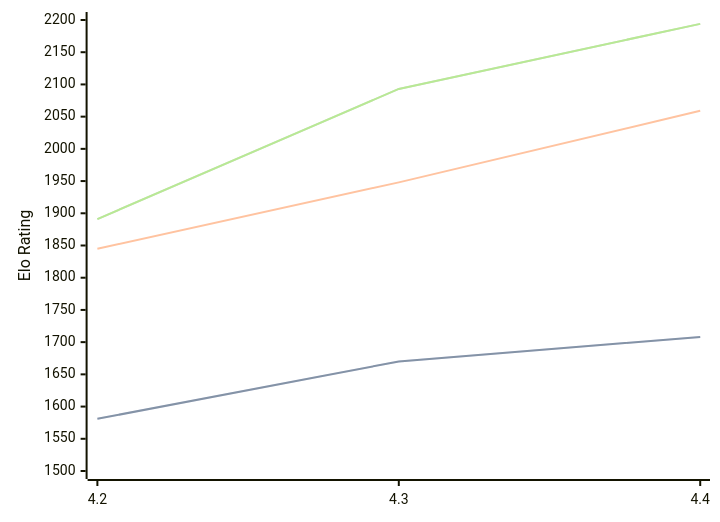
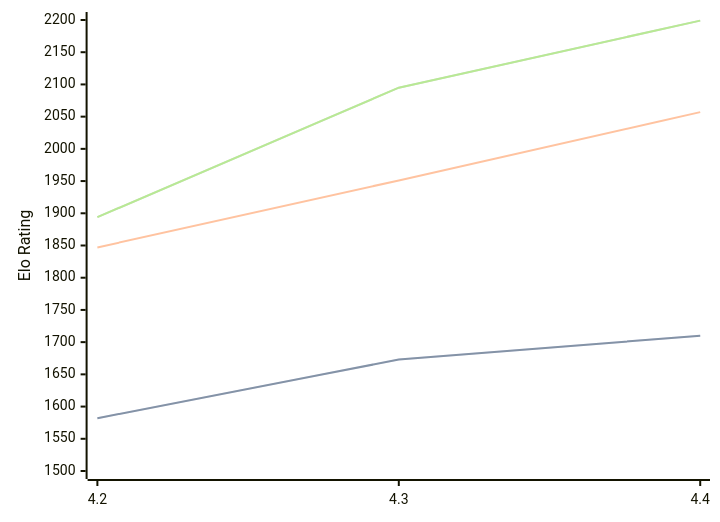
Before and after one commit to computer-chess-index/cci: the diagram in engines/Radiance.md, drawn with Mermaid. The commit also changed other lines of this file, not shown here.

Commit message:
Update CCI Ratings (ELO VLTC) - 2026-08-22

````diff
--- a/engines/Radiance.md
+++ b/engines/Radiance.md
@@ -33,11 +33,11 @@
 ```mermaid
 %%{init: {"theme":"base","themeVariables":{"seriesColors:['#a3a3a3','#222221','#faa371']}}}%%
 xychart-beta
   x-axis ["4.2", "4.3", "4.4"]
   y-axis "Elo Rating" 1500 --> 2200
-  line "STC (8.0+0.08s)" [1581, 1670, 1708]
-  line "STC (8.0+0.08s)" [1581, 1670, 1708]
-  line "LTC (60.0+0.60s)" [1845, 1948, 2059]
-  line "VLTC (2m24s+1.12s)" [1891, 2093, 2194]
-  line "VLTC (2m24s+1.12s)" [1891, 2093, 2194]
+  line "STC (8.0+0.08s)" [1582, 1673, 1710]
+  line "STC (8.0+0.08s)" [1582, 1673, 1710]
+  line "LTC (60.0+0.60s)" [1847, 1951, 2057]
+  line "VLTC (2m24s+1.12s)" [1894, 2095, 2199]
+  line "VLTC (2m24s+1.12s)" [1894, 2095, 2199]
 ```
````
